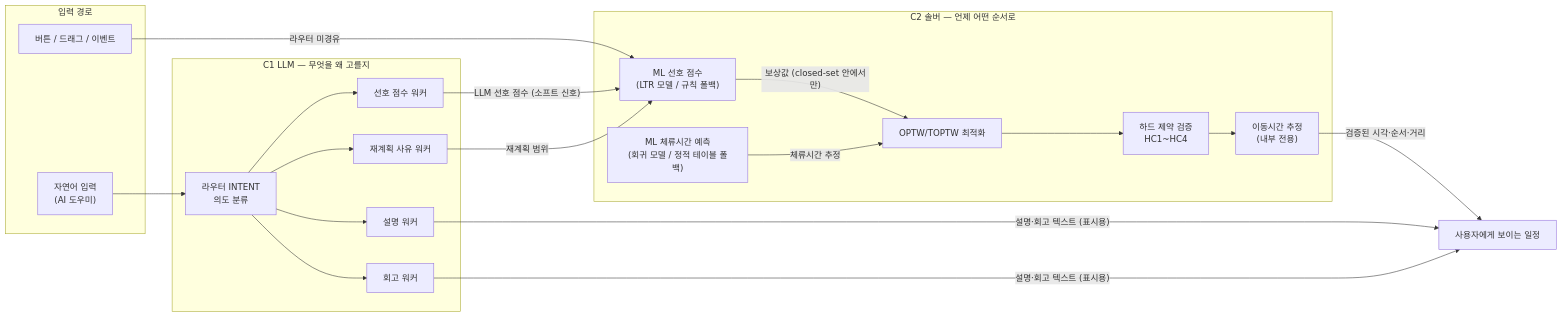
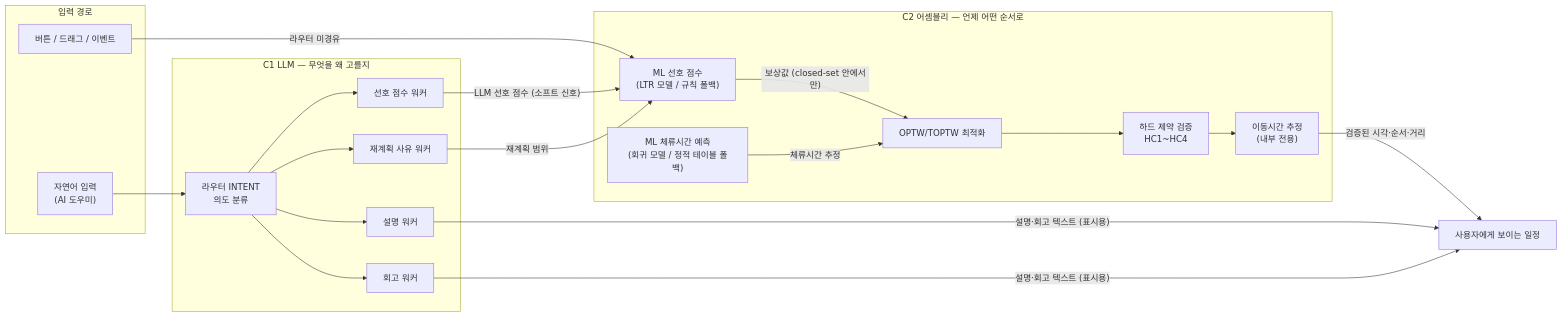
Before and after one commit to ASM-TripPilot/trippilot: the first of 3 diagrams in ai/aidlc-docs/inception/design-artifacts/ai-architecture.md, drawn with Mermaid. The commit also changed other lines of this file and 148 other files, not shown here.

````diff
--- a/ai/aidlc-docs/inception/design-artifacts/ai-architecture.md
+++ b/ai/aidlc-docs/inception/design-artifacts/ai-architecture.md
@@ -43,35 +43,35 @@
 ```mermaid
 flowchart LR
     subgraph 입력["입력 경로"]
         NL["자연어 입력\n(AI 도우미)"]
         BTN["버튼 / 드래그 / 이벤트"]
     end
 
     subgraph C1["C1 LLM — 무엇을 왜 고를지"]
         R["라우터 INTENT\n의도 분류"]
         W1["선호 점수 워커"]
         W2["설명 워커"]
         W3["회고 워커"]
         W4["재계획 사유 워커"]
     end
 
-    subgraph C2["C2 솔버 — 언제 어떤 순서로"]
+    subgraph C2["C2 어셈블리 — 언제 어떤 순서로"]
         ML1["ML 선호 점수\n(LTR 모델 / 규칙 폴백)"]
         ML2["ML 체류시간 예측\n(회귀 모델 / 정적 테이블 폴백)"]
         OPT["OPTW/TOPTW 최적화"]
         VAL["하드 제약 검증\nHC1~HC4"]
         EST["이동시간 추정\n(내부 전용)"]
     end
 
     NL --> R
     R --> W1 & W2 & W3 & W4
     BTN -->|"라우터 미경유"| ML1
     W1 -->|"LLM 선호 점수 (소프트 신호)"| ML1
     W4 -->|"재계획 범위"| ML1
     ML1 -->|"보상값 (closed-set 안에서만)"| OPT
     ML2 -->|"체류시간 추정"| OPT
     OPT --> VAL
     VAL --> EST
     EST -->|"검증된 시각·순서·거리"| OUT["사용자에게 보이는 일정"]
     W2 & W3 -->|"설명·회고 텍스트 (표시용)"| OUT
 ```
````
